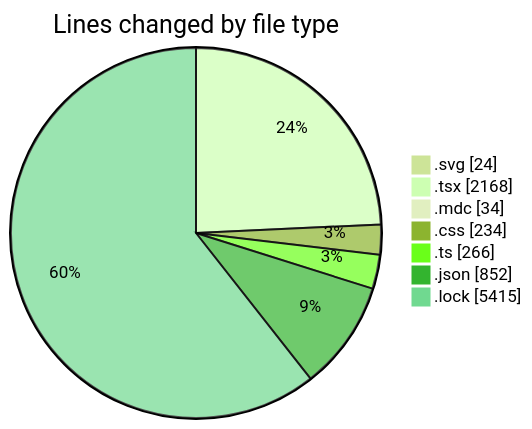
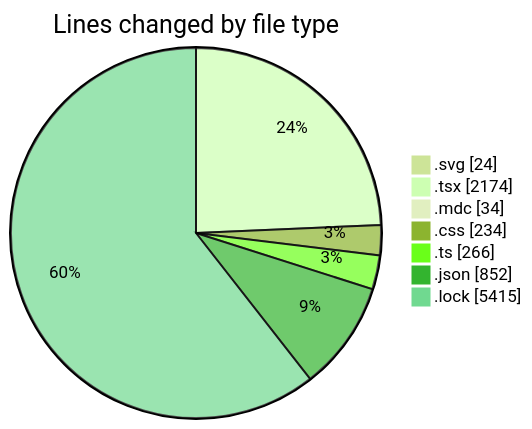
One commit to EIIisD/code-tracking changed the first of 2 diagrams in 2025-07-18/ribbon/README.md. Above: the diagram before and after it, drawn with Mermaid (forest theme). The commit also changed other lines of this file and 1 other file, not shown here.

````diff
--- a/2025-07-18/ribbon/README.md
+++ b/2025-07-18/ribbon/README.md
@@ -35,11 +35,11 @@
 ```mermaid
 pie showData
 title Lines changed by file type
 ".svg" : 24
-".tsx" : 2168
+".tsx" : 2174
 ".mdc" : 34
 ".css" : 234
 ".ts" : 266
 ".json" : 852
 ".lock" : 5415
 ```
````
